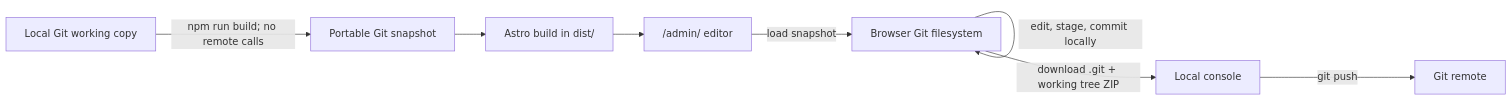
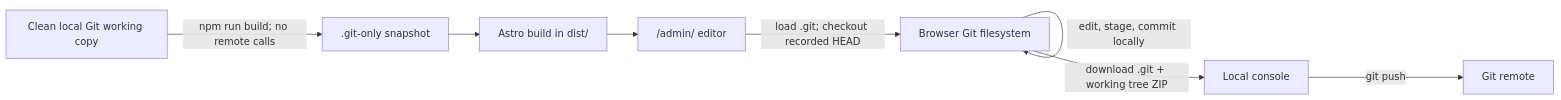
One commit to kown7/astrocms changed the diagram in DESIGN.md. Above: the diagram before and after it, drawn with Mermaid. The commit also changed other lines of this file and 26 other files, not shown here.

Commit message:
feat: implement browser-local Astro CMS

````diff
--- a/DESIGN.md
+++ b/DESIGN.md
@@ -8,10 +8,10 @@
 ```mermaid
 flowchart LR
-    Local["Local Git working copy"] -->|npm run build; no remote calls| Pack["Portable Git snapshot"]
-	Pack --> Site["Astro build in dist/"]
+    Local["Clean local Git working copy"] -->|npm run build; no remote calls| Pack[".git-only snapshot"]
+    Pack --> Site["Astro build in dist/"]
     Site --> Admin["/admin/ editor"]
-    Admin -->|load snapshot| Browser["Browser Git filesystem"]
+    Admin -->|load .git; checkout recorded HEAD| Browser["Browser Git filesystem"]
     Browser -->|edit, stage, commit locally| Browser
     Browser -->|download .git + working tree ZIP| Console["Local console"]
     Console -->|git push| Remote["Git remote"]
 ```
````
